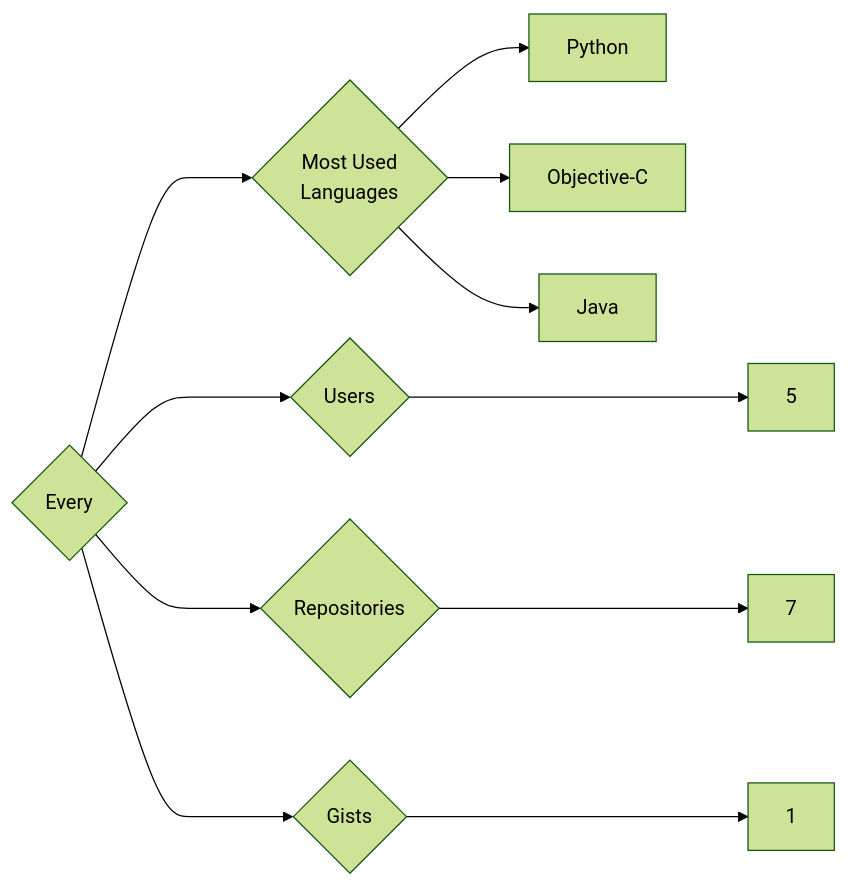
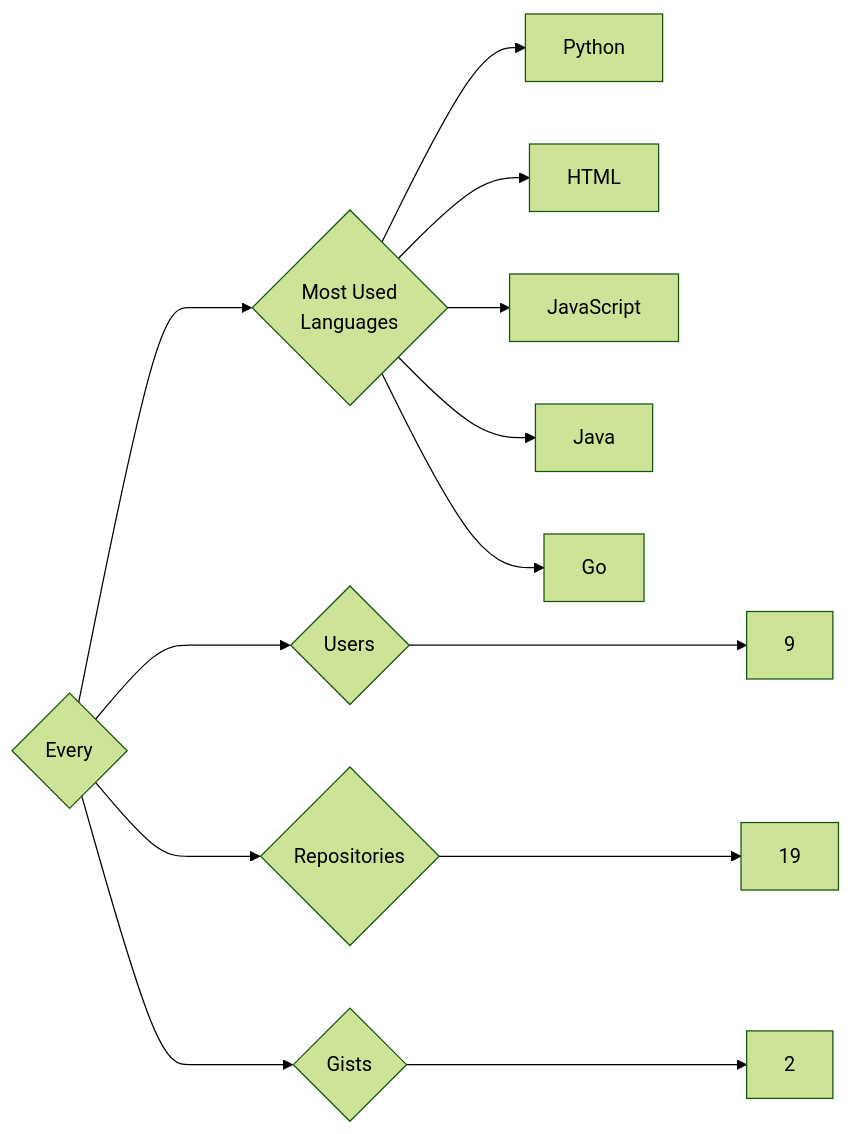
The diagram in targets/Every/README.md (trickest/insiders), drawn with Mermaid (forest theme) before and after one commit. The commit also changed 1007 other files, not shown here.

````diff
--- a/targets/Every/README.md
+++ b/targets/Every/README.md
@@ -3,11 +3,13 @@
 ```mermaid
 graph LR
 COMPANY_NAME{Every}
-COMPANY_NAME ---> U{Users} ---> UN[5]
-COMPANY_NAME ---> R{Repositories} ---> RN[7]
-COMPANY_NAME ---> G{Gists} ---> GN[1]
+COMPANY_NAME ---> U{Users} ---> UN[9]
+COMPANY_NAME ---> R{Repositories} ---> RN[19]
+COMPANY_NAME ---> G{Gists} ---> GN[2]
 COMPANY_NAME ---> ML{Most Used<br>Languages}
 ML --> Python[Python]
-ML --> Objective-C[Objective-C]
+ML --> HTML[HTML]
+ML --> JavaScript[JavaScript]
 ML --> Java[Java]
+ML --> Go[Go]
 ```
````
